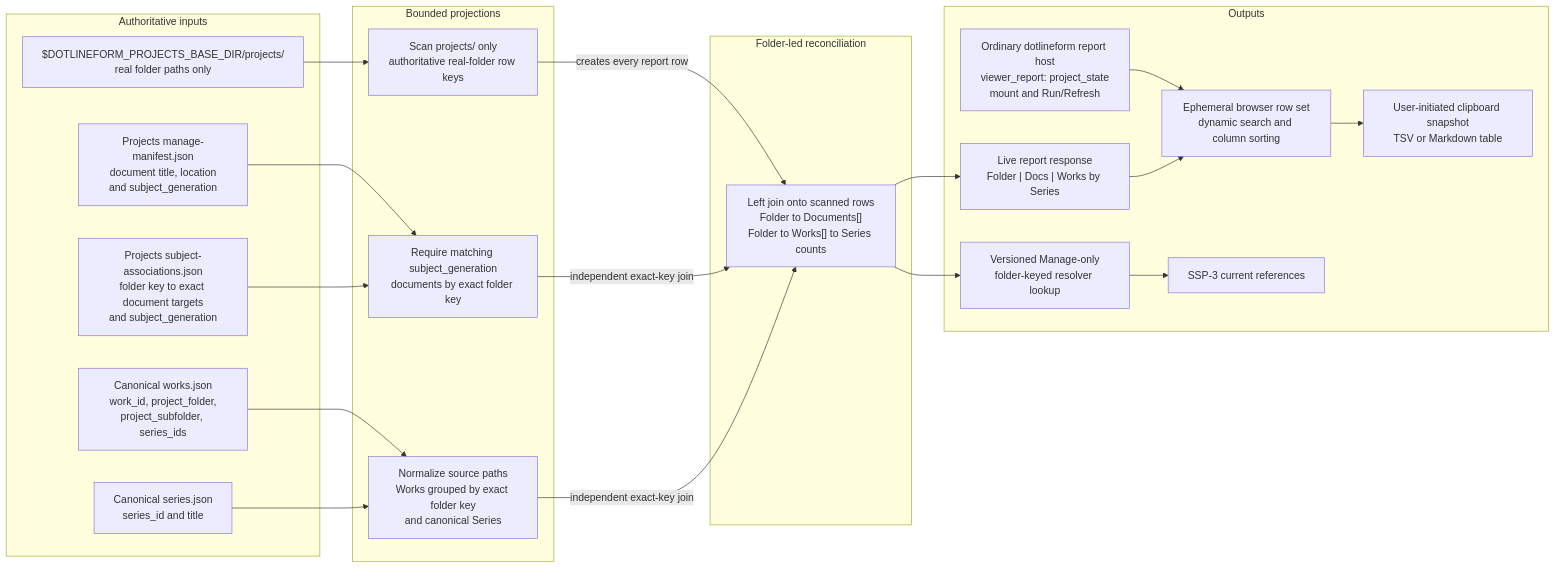
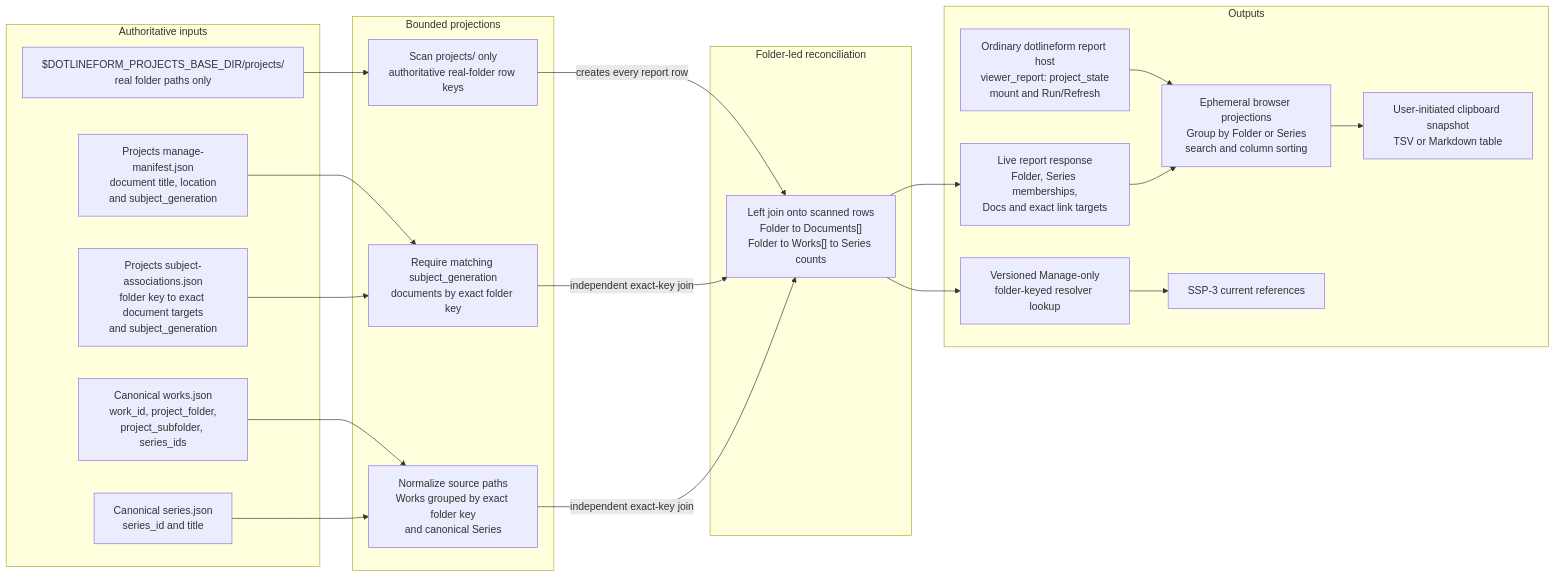
Before and after one commit to dotlineform/dotlineform-site: the diagram in docs-viewer/scopes/studio/source/documents/d-20260802-121105-c574f9.md, drawn with Mermaid. The commit also changed other lines of this file and 5 other files, not shown here.

````diff
--- a/docs-viewer/scopes/studio/source/documents/d-20260802-121105-c574f9.md
+++ b/docs-viewer/scopes/studio/source/documents/d-20260802-121105-c574f9.md
@@ -42,45 +42,45 @@
 ```mermaid
 flowchart LR
     accTitle: Project State report data flow
     accDescr: The projects folder scan establishes the real-folder rows. Matching Projects document associations and canonical Works join independently by exact folder key. Works are grouped through canonical Series before the live report and resolver lookup are produced.
 
     subgraph inputs["Authoritative inputs"]
         folders["$DOTLINEFORM_PROJECTS_BASE_DIR/projects/<br/>real folder paths only"]
         projectManifest["Projects manage-manifest.json<br/>document title, location<br/>and subject_generation"]
         associations["Projects subject-associations.json<br/>folder key to exact document targets<br/>and subject_generation"]
         works["Canonical works.json<br/>work_id, project_folder,<br/>project_subfolder, series_ids"]
         series["Canonical series.json<br/>series_id and title"]
     end
 
     subgraph projections["Bounded projections"]
         scannedRows["Scan projects/ only<br/>authoritative real-folder row keys"]
         docsByFolder["Require matching subject_generation<br/>documents by exact folder key"]
         worksByFolder["Normalize source paths<br/>Works grouped by exact folder key<br/>and canonical Series"]
     end
 
     subgraph reconciliation["Folder-led reconciliation"]
         join["Left join onto scanned rows<br/>Folder to Documents[]<br/>Folder to Works[] to Series counts"]
     end
 
     subgraph outputs["Outputs"]
-        liveResult["Live report response<br/>Folder | Docs | Works by Series"]
+        liveResult["Live report response<br/>Folder, Series memberships,<br/>Docs and exact link targets"]
         reportHost["Ordinary dotlineform report host<br/>viewer_report: project_state<br/>mount and Run/Refresh"]
-        browserRows["Ephemeral browser row set<br/>dynamic search and column sorting"]
+        browserRows["Ephemeral browser projections<br/>Group by Folder or Series<br/>search and column sorting"]
         clipboard["User-initiated clipboard snapshot<br/>TSV or Markdown table"]
         folderLookup["Versioned Manage-only<br/>folder-keyed resolver lookup"]
         resolver["SSP-3 current references"]
     end
 
     folders --> scannedRows
     scannedRows -->|"creates every report row"| join
     projectManifest --> docsByFolder
     associations --> docsByFolder
     docsByFolder -->|"independent exact-key join"| join
     works --> worksByFolder
     series --> worksByFolder
     worksByFolder -->|"independent exact-key join"| join
     reportHost --> browserRows
     join --> liveResult --> browserRows
     browserRows --> clipboard
     join --> folderLookup --> resolver
 ```
````
